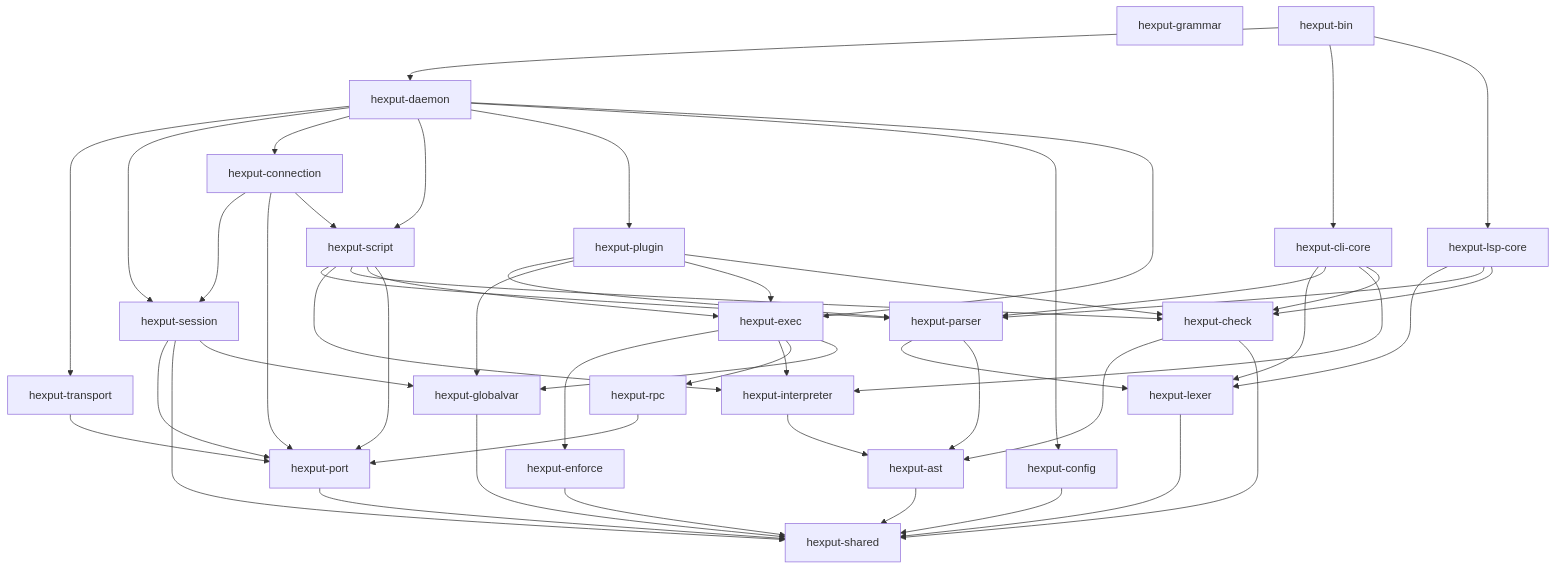
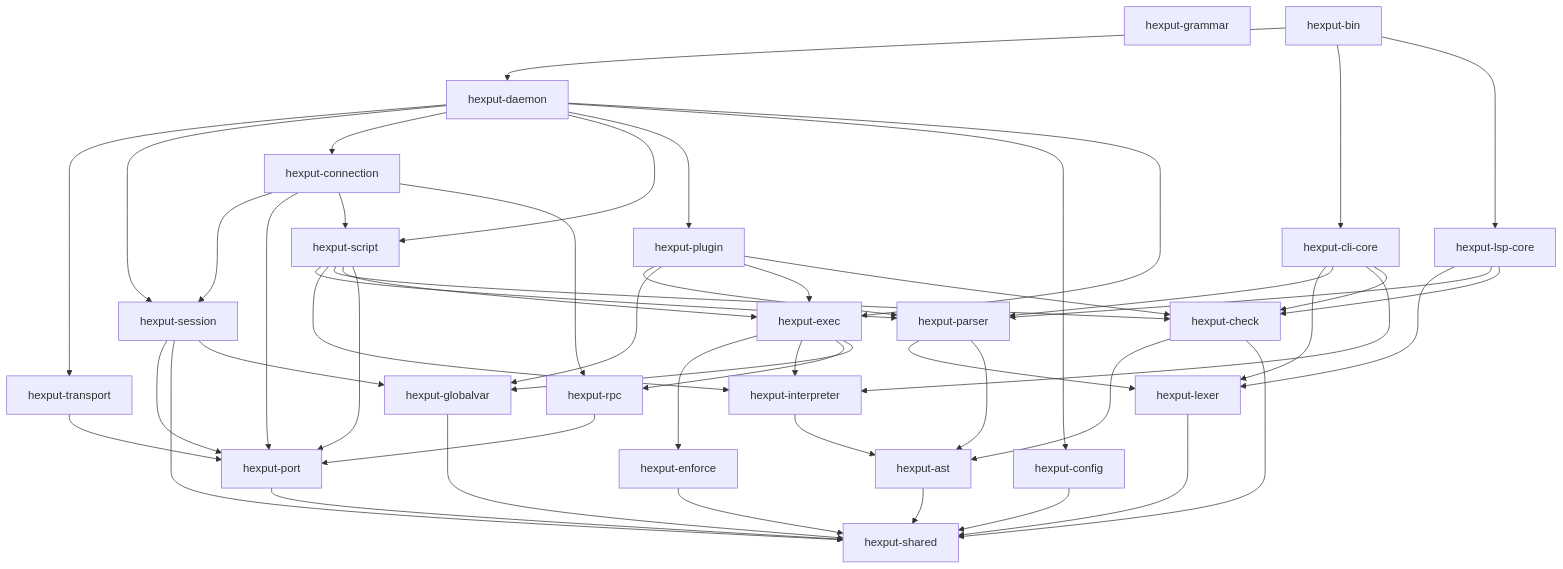
Before and after one commit to hexput/hexput: the second of 3 diagrams in _bmad-output/planning-artifacts/architecture/architecture-hexput-2026-09-18/ARCHITECTURE-SPINE.md, drawn with Mermaid. The commit also changed other lines of this file and 11 other files, not shown here.

````diff
--- a/_bmad-output/planning-artifacts/architecture/architecture-hexput-2026-09-18/ARCHITECTURE-SPINE.md
+++ b/_bmad-output/planning-artifacts/architecture/architecture-hexput-2026-09-18/ARCHITECTURE-SPINE.md
@@ -204,59 +204,60 @@
 ```mermaid
 graph TD
   shared[hexput-shared]
 
   ast[hexput-ast] --> shared
   lexer[hexput-lexer] --> shared
   parser[hexput-parser] --> lexer
   parser --> ast
   interp[hexput-interpreter] --> ast
   check[hexput-check] --> ast
   check --> shared
   clicore[hexput-cli-core] --> lexer
   clicore --> parser
   clicore --> interp
   clicore --> check
 
   transport[hexput-transport] --> port[hexput-port]
   port --> shared
   session[hexput-session] --> port
   session --> shared
   conn[hexput-connection] --> session
   conn --> port
   conn --> script
+  conn --> rpc
   session --> globalvar
   script[hexput-script] --> parser
   script --> interp
   script --> check
   script --> exec[hexput-exec]
   script --> port
   plugin[hexput-plugin] --> parser
   plugin --> globalvar[hexput-globalvar]
   plugin --> exec
   plugin --> check
   globalvar --> shared
   exec --> enforce[hexput-enforce]
   exec --> interp
   exec --> rpc[hexput-rpc]
   exec --> globalvar
   enforce --> shared
   rpc --> port
   config[hexput-config] --> shared
 
   daemon[hexput-daemon] --> transport
   daemon --> session
   daemon --> conn
   daemon --> script
   daemon --> plugin
   daemon --> config
   daemon --> exec
 
   grammar[hexput-grammar]
   lspcore[hexput-lsp-core] --> lexer
   lspcore --> parser
   lspcore --> check
 
   bin[hexput-bin] --> daemon
   bin --> clicore
   bin --> lspcore
 ```
````
